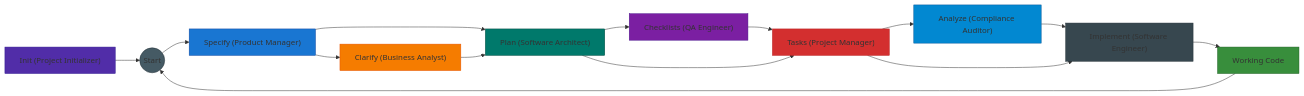
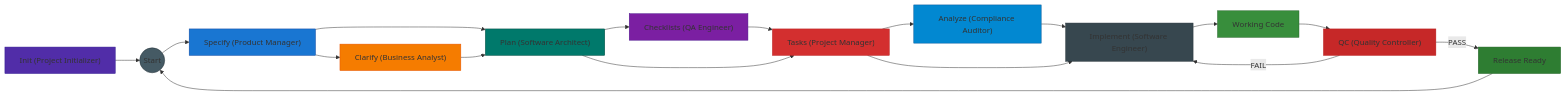
One commit to attilaszasz/sdd-pilot changed the diagram in README.md. Above: the diagram before and after it, drawn with Mermaid. The commit also changed other lines of this file and 7 other files, not shown here.

````diff
--- a/README.md
+++ b/README.md
@@ -13,28 +13,33 @@
 ```mermaid
 flowchart LR
    Init["Init (Project Initializer)"] --> Start((Start))
    Start((Start)) --> S["Specify (Product Manager)"]
    S --> P["Plan (Software Architect)"]
    S --> C["Clarify (Business Analyst)"]
    C --> P
    P --> CH["Checklists (QA Engineer)"]
    CH --> T["Tasks (Project Manager)"]
    P --> T
    T --> A["Analyze (Compliance Auditor)"]
    A --> I["Implement (Software Engineer)"]
    T --> I
    I --> Code["Working Code"]
-   Code --> Start
+   Code --> QC["QC (Quality Controller)"]
+   QC -->|FAIL| I
+   QC -->|PASS| Release["Release Ready"]
+   Release --> Start
 
    %% Material Design Palette (Weight 700/800 for contrast)
    style Init fill:#512DA8,stroke:#311B92,color:#fff  %% Deep Purple
    style Start fill:#455A64,stroke:#263238,color:#fff %% Blue Grey
    style S fill:#1976D2,stroke:#0D47A1,color:#fff     %% Blue
    style C fill:#F57C00,stroke:#E65100,color:#fff     %% Orange
    style P fill:#00796B,stroke:#004D40,color:#fff     %% Teal
    style CH fill:#7B1FA2,stroke:#4A148C,color:#fff    %% Purple
    style T fill:#D32F2F,stroke:#B71C1C,color:#fff     %% Red
    style A fill:#0288D1,stroke:#01579B,color:#fff     %% Light Blue
    style I fill:#37474F,stroke:#263238,color:#fff     %% Dark Blue Grey
    style Code fill:#388E3C,stroke:#1B5E20,color:#fff  %% Green
+   style QC fill:#C62828,stroke:#B71C1C,color:#fff    %% Deep Red
+   style Release fill:#2E7D32,stroke:#1B5E20,color:#fff %% Dark Green
 ```
````
